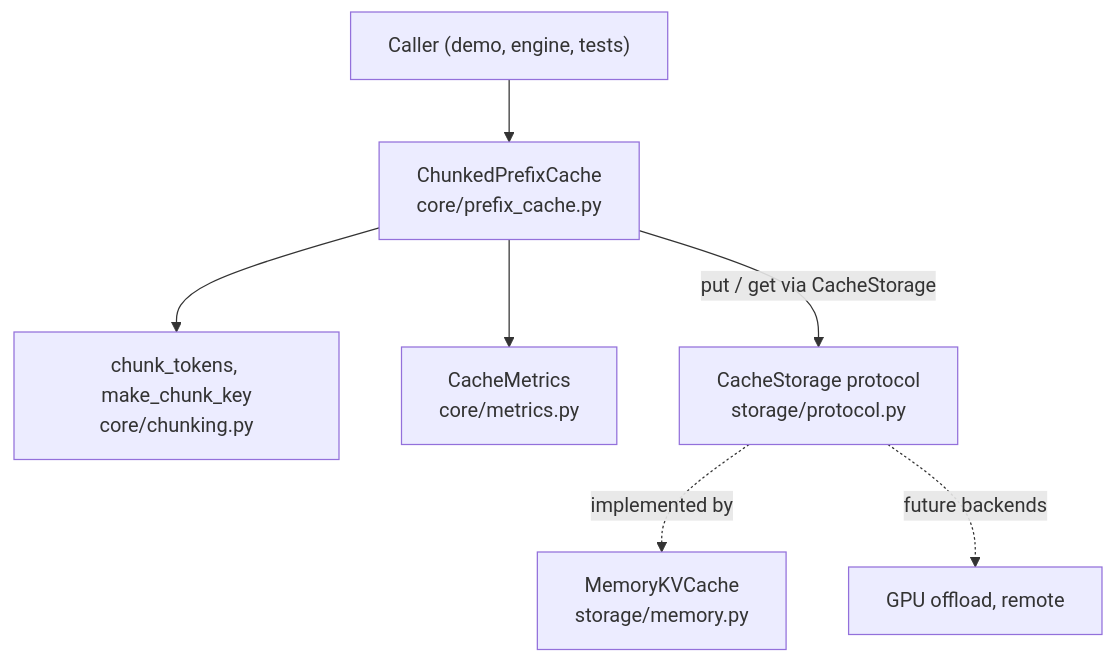
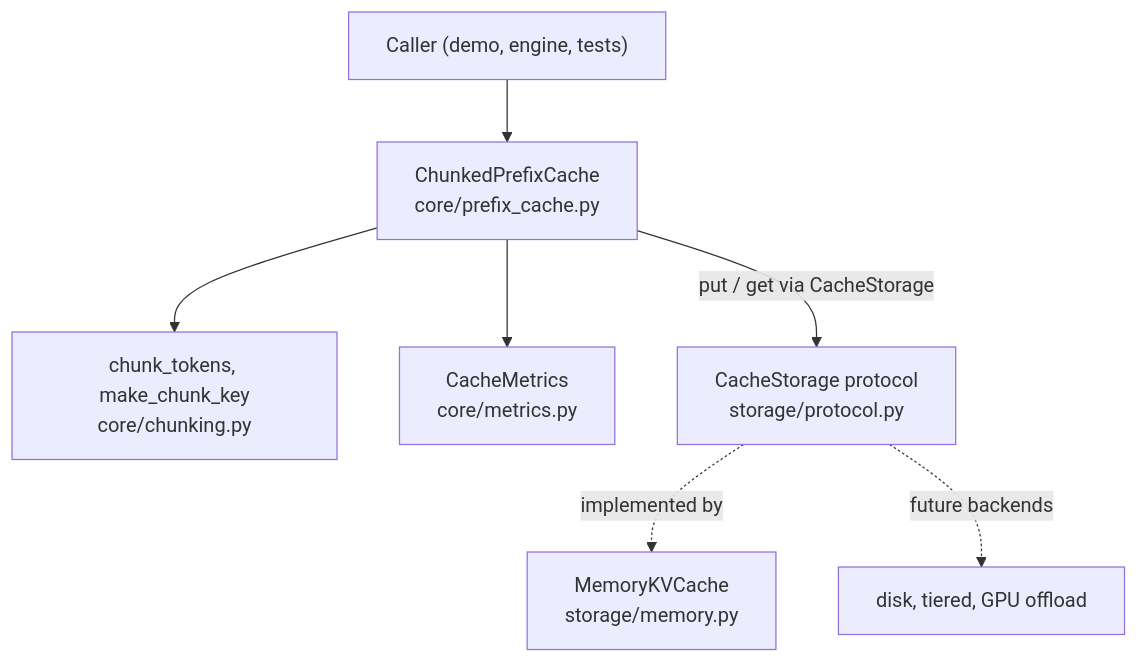
One commit to Dami-wq-k03/nano-lmcache changed the first of 5 diagrams in docs/architecture.md. Above: the diagram before and after it, drawn with Mermaid.

Commit message:
docs: leave the module diagram to the diagram update

````diff
--- a/docs/architecture.md
+++ b/docs/architecture.md
@@ -10,9 +10,9 @@
 ```mermaid
 graph TD
     Caller["Caller (demo, engine, tests)"] --> PC["ChunkedPrefixCache<br/>core/prefix_cache.py"]
     PC --> CH["chunk_tokens, make_chunk_key<br/>core/chunking.py"]
     PC --> MET["CacheMetrics<br/>core/metrics.py"]
     PC -->|"put / get via CacheStorage"| ST["CacheStorage protocol<br/>storage/protocol.py"]
     ST -.->|implemented by| MEM["MemoryKVCache<br/>storage/memory.py"]
-    ST -.->|"future backends"| FUT["GPU offload, remote"]
+    ST -.->|"future backends"| FUT["disk, tiered, GPU offload"]
 ```
````
